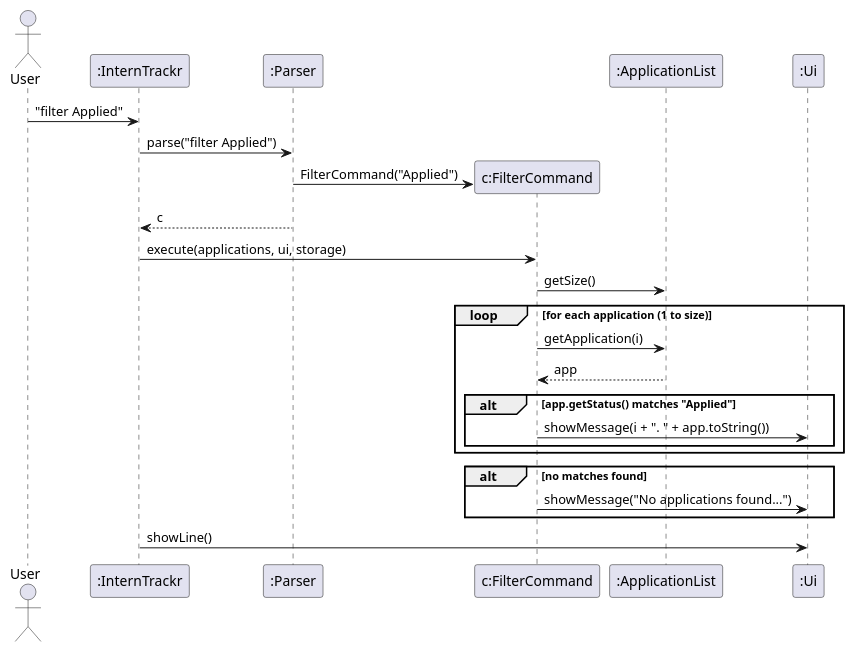
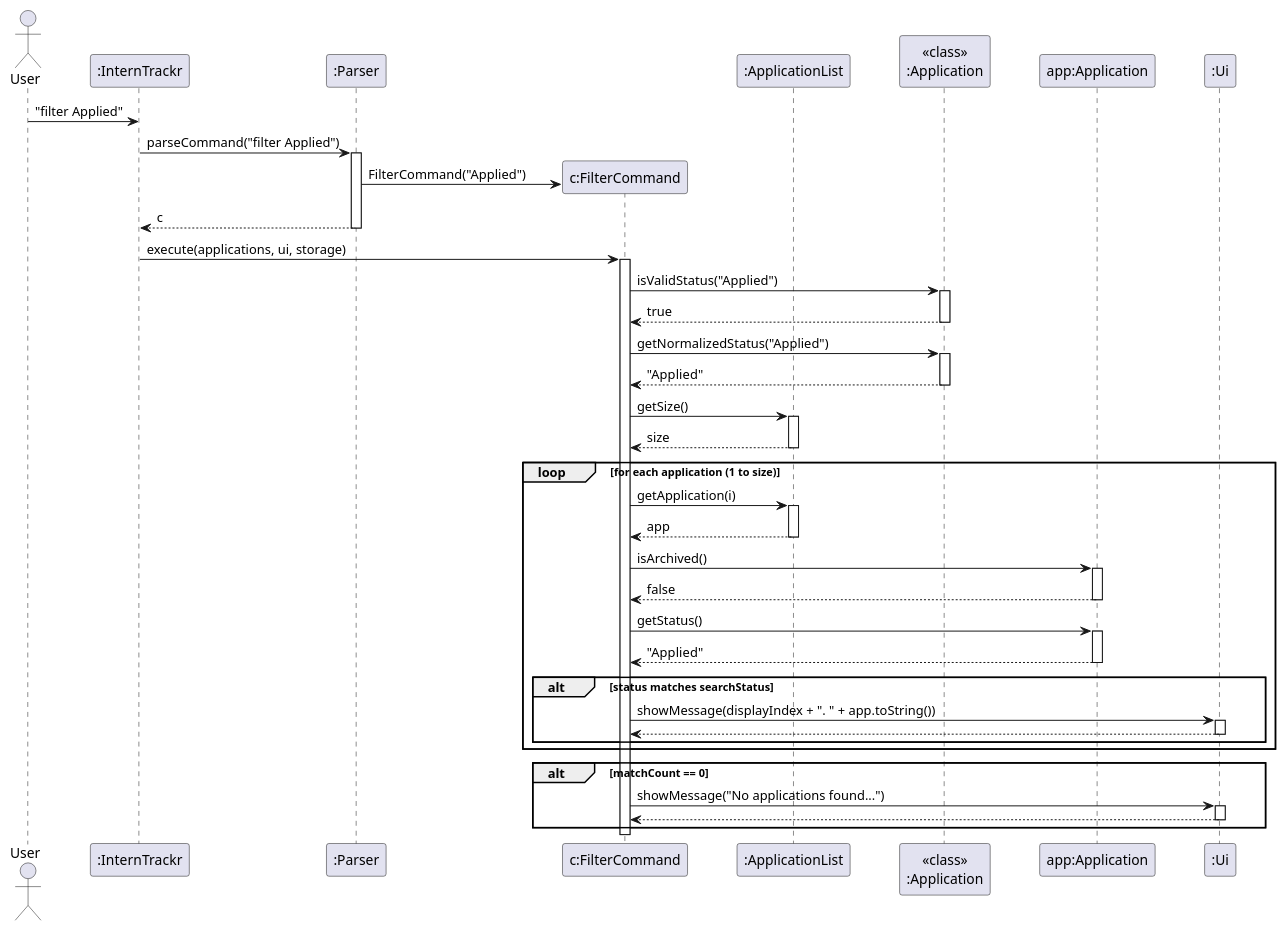
The diagram in docs/diagrams/EmryFilterCommandSequence.puml (eugenia-cnl-lee/tp), drawn with PlantUML before and after one commit.

Commit message:
Make changes to FilterCommandSequence UML to be clearer in how it works

```diff
--- a/docs/diagrams/EmryFilterCommandSequence.puml
+++ b/docs/diagrams/EmryFilterCommandSequence.puml
@@ -1,30 +1,72 @@
 @startuml
+skinparam ParticipantPadding 20
+skinparam BoxPadding 10
+
 actor User
 participant ":InternTrackr" as IT
 participant ":Parser" as P
 participant "c:FilterCommand" as FC
 participant ":ApplicationList" as AL
+participant "<<class>>\n:Application" as AppClass
+participant "app:Application" as App
 participant ":Ui" as UI
 
 User -> IT : "filter Applied"
-IT -> P : parse("filter Applied")
+IT -> P : parseCommand("filter Applied")
+activate P
 create FC
 P -> FC : FilterCommand("Applied")
 P --> IT : c
+deactivate P
+
 IT -> FC : execute(applications, ui, storage)
+activate FC
+
+FC -> AppClass : isValidStatus("Applied")
+activate AppClass
+AppClass --> FC : true
+deactivate AppClass
+
+FC -> AppClass : getNormalizedStatus("Applied")
+activate AppClass
+AppClass --> FC : "Applied"
+deactivate AppClass
 
 FC -> AL : getSize()
+activate AL
+AL --> FC : size
+deactivate AL
+
 loop for each application (1 to size)
     FC -> AL : getApplication(i)
+    activate AL
     AL --> FC : app
-    alt app.getStatus() matches "Applied"
-        FC -> UI : showMessage(i + ". " + app.toString())
+    deactivate AL
+
+    FC -> App : isArchived()
+    activate App
+    App --> FC : false
+    deactivate App
+
+    FC -> App : getStatus()
+    activate App
+    App --> FC : "Applied"
+    deactivate App
+
+    alt status matches searchStatus
+        FC -> UI : showMessage(displayIndex + ". " + app.toString())
+        activate UI
+        UI --> FC
+        deactivate UI
     end
 end
 
-alt no matches found
+alt matchCount == 0
     FC -> UI : showMessage("No applications found...")
+    activate UI
+    UI --> FC
+    deactivate UI
 end
 
-IT -> UI : showLine()
+deactivate FC
 @enduml
```
